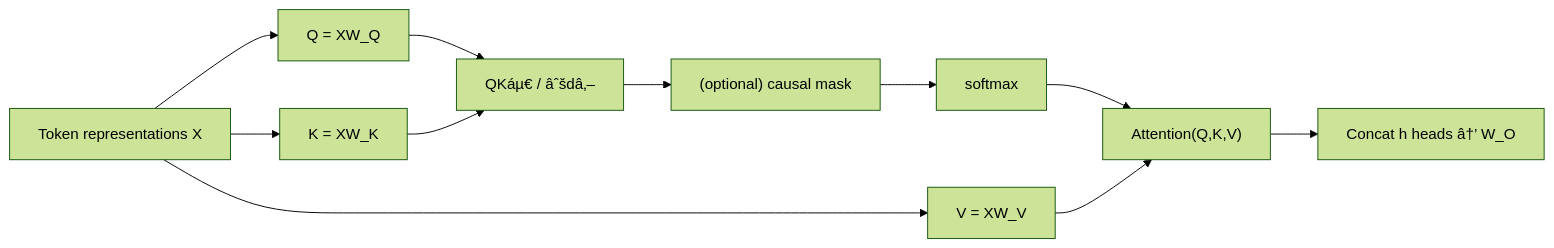
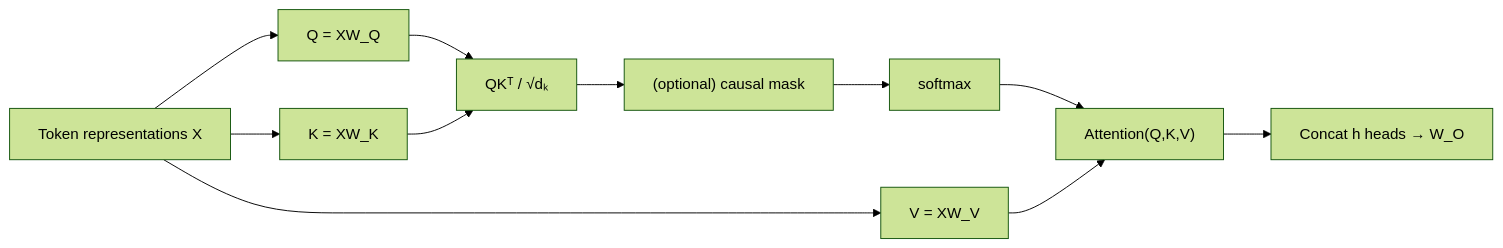
Diagram 13 of 15 in README.md (cyourth/neural-network-lineage), drawn with Mermaid (forest theme) before and after one commit. The commit also changed other lines of this file, not shown here.

````diff
--- a/README.md
+++ b/README.md
@@ -567,11 +567,11 @@
 ```mermaid
 flowchart LR
     X["Token representations X"] --> Q["Q = XW_Q"]
     X --> K["K = XW_K"]
     X --> V["V = XW_V"]
-    Q & K --> DOT["QKáµ€ / âˆšdâ‚–"]
+    Q & K --> DOT["QKᵀ / √dₖ"]
     DOT --> MASK["(optional) causal mask"]
     MASK --> SM["softmax"]
     SM & V --> OUT["Attention(Q,K,V)"]
-    OUT --> CAT["Concat h heads â†’ W_O"]
+    OUT --> CAT["Concat h heads → W_O"]
 ```
````
